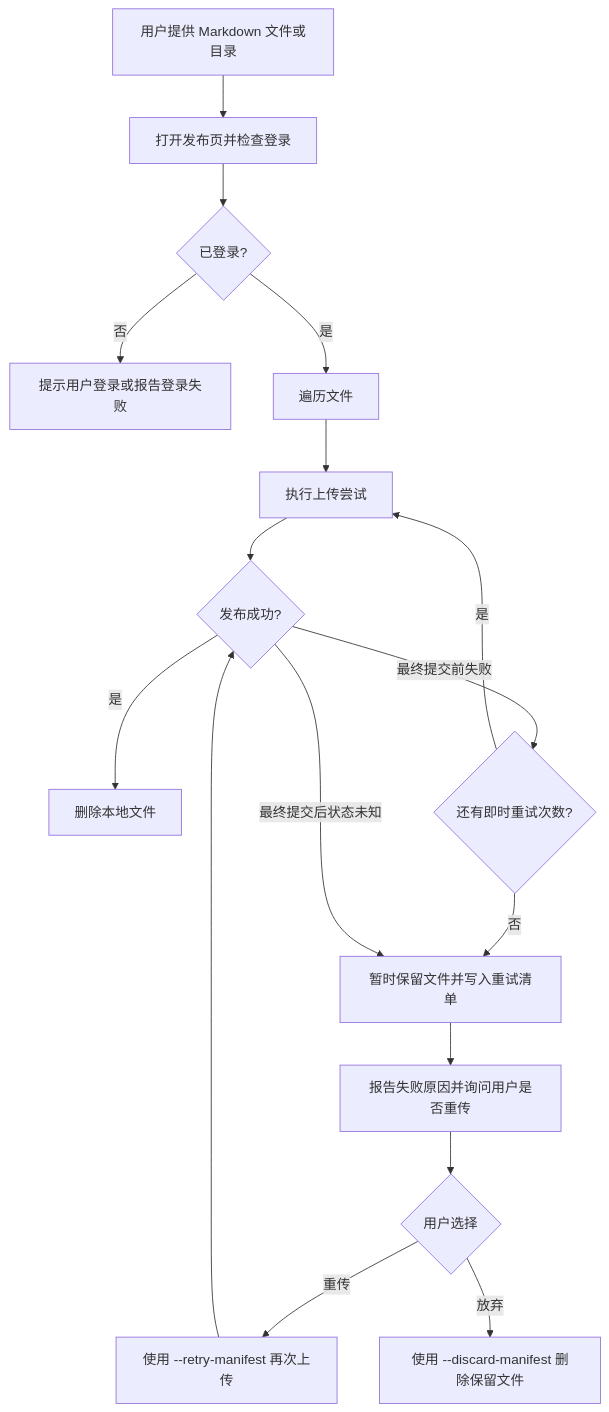
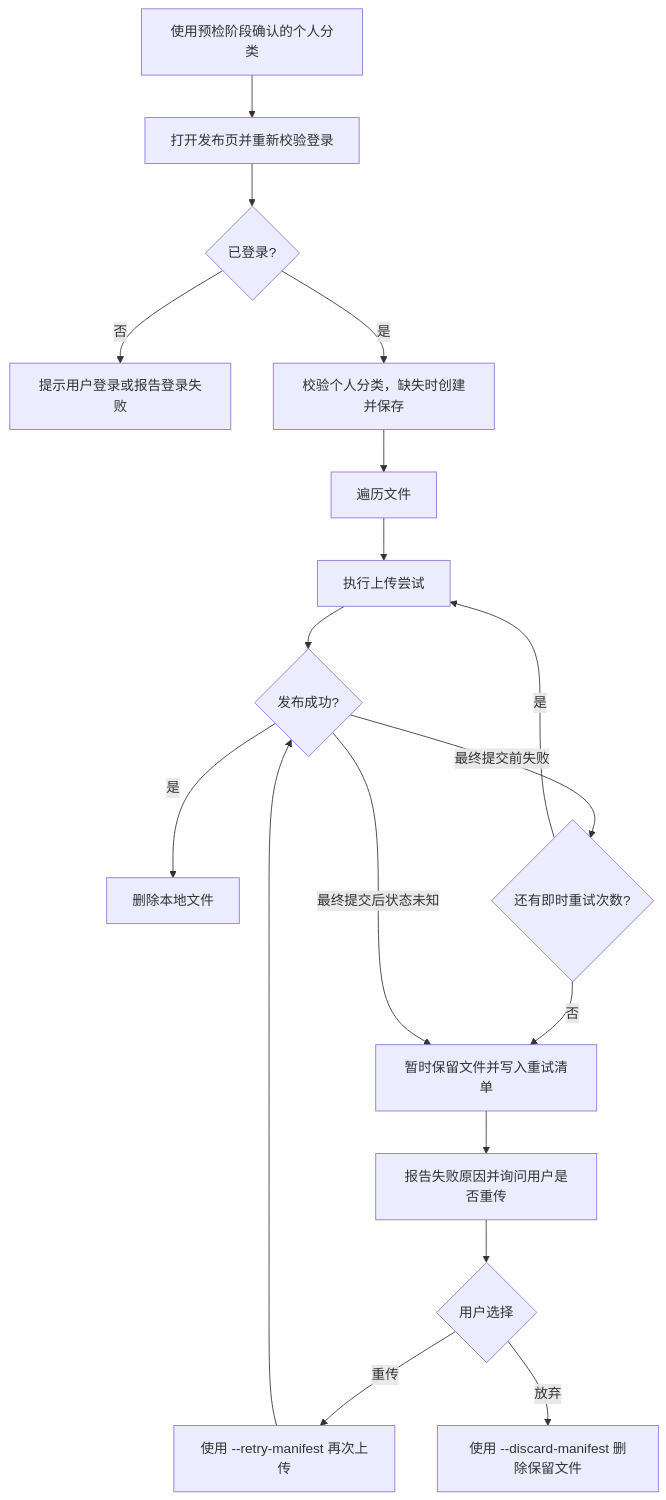
The fourth of 4 diagrams in docs/README.md (blacklc/AutoDocUpdater), drawn with Mermaid before and after one commit. The commit also changed other lines of this file and 6 other files, not shown here.

````diff
--- a/docs/README.md
+++ b/docs/README.md
@@ -58,19 +66,20 @@
 ```mermaid
 flowchart TD
-    A[用户提供 Markdown 文件或目录] --> B[打开发布页并检查登录]
-    B --> B1{已登录?}
+    A[使用预检阶段确认的个人分类] --> A1[打开发布页并重新校验登录]
+    A1 --> B1{已登录?}
     B1 -- 否 --> B2[提示用户登录或报告登录失败]
-    B1 -- 是 --> C[遍历文件]
+    B1 -- 是 --> B3[校验个人分类，缺失时创建并保存]
+    B3 --> C[遍历文件]
     C --> D[执行上传尝试]
     D --> E{发布成功?}
     E -- 是 --> F[删除本地文件]
     E -- 最终提交前失败 --> G{还有即时重试次数?}
     G -- 是 --> D
     G -- 否 --> H[暂时保留文件并写入重试清单]
     E -- 最终提交后状态未知 --> H
     H --> I[报告失败原因并询问用户是否重传]
     I --> J{用户选择}
     J -- 重传 --> K[使用 --retry-manifest 再次上传]
     J -- 放弃 --> L[使用 --discard-manifest 删除保留文件]
     K --> E
 ```
````
